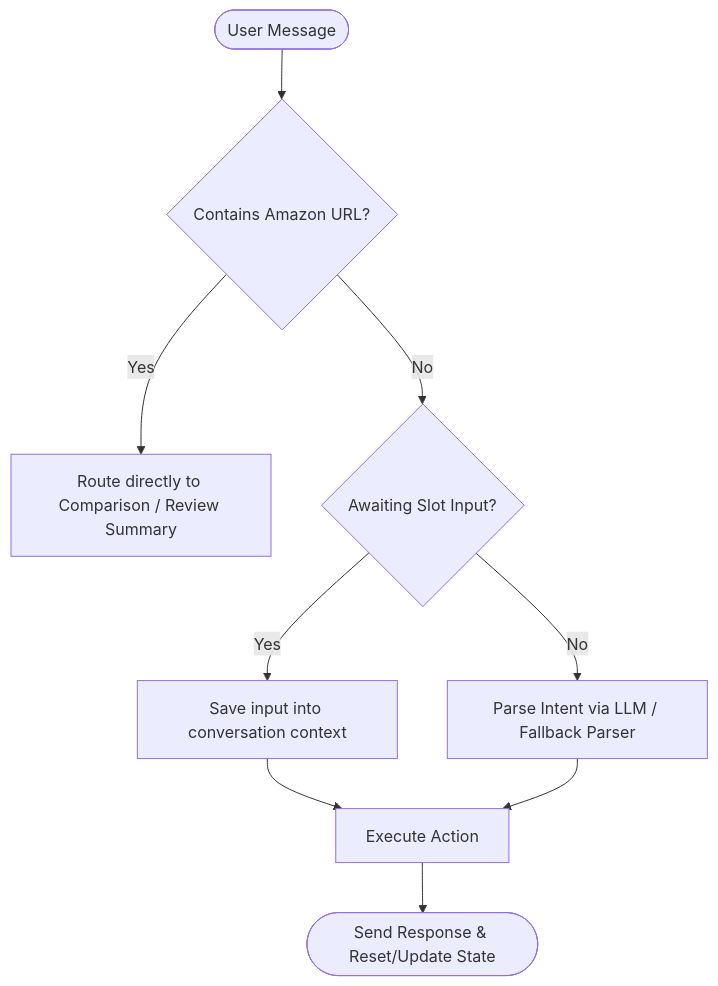
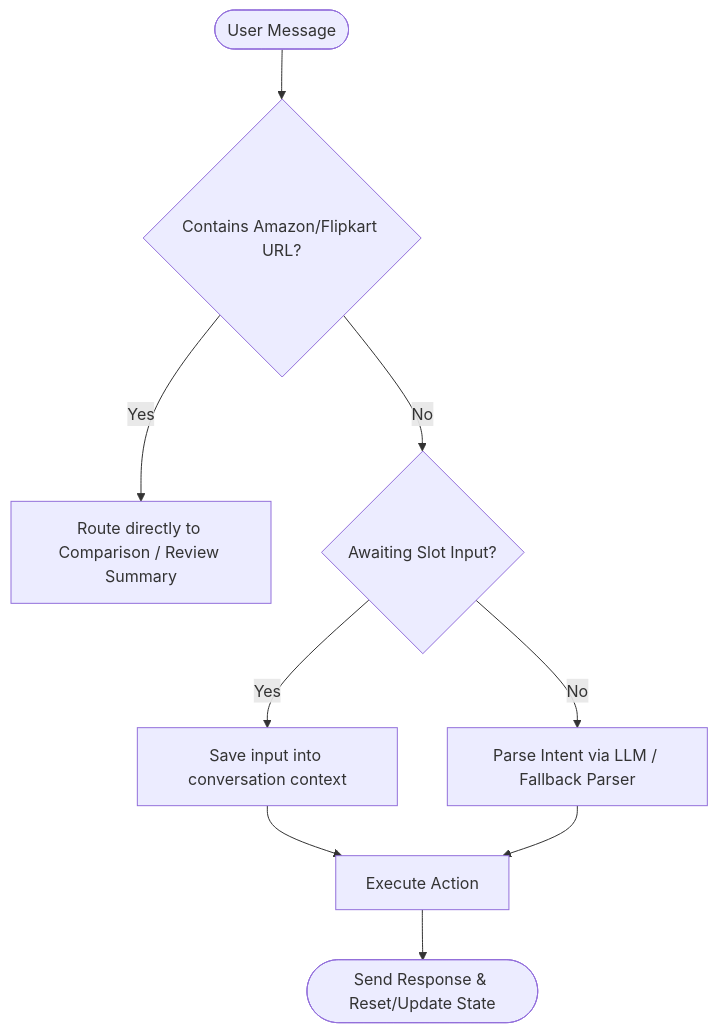
One commit to jyothisthaliath/CartGenie changed the second of 3 diagrams in docs/system_overview.md. Above: the diagram before and after it, drawn with Mermaid. The commit also changed other lines of this file and 1 other file, not shown here.

Commit message:
Update showcase documentation for V3.1 (Local LLM Routing & Flipkart Support)

````diff
--- a/docs/system_overview.md
+++ b/docs/system_overview.md
@@ -40,15 +40,15 @@
 ```mermaid
 graph TD
-    Msg([User Message]) --> URLCheck{Contains Amazon URL?}
+    Msg([User Message]) --> URLCheck{Contains Amazon/Flipkart URL?}
     
     URLCheck -->|Yes| RouteURL[Route directly to Comparison / Review Summary]
     URLCheck -->|No| StateCheck{Awaiting Slot Input?}
     
     StateCheck -->|Yes| SaveSlot[Save input into conversation context]
     StateCheck -->|No| LLMParse[Parse Intent via LLM / Fallback Parser]
     
     SaveSlot --> Action[Execute Action]
     LLMParse --> Action
     
     Action --> Response([Send Response & Reset/Update State])
 ```
````
